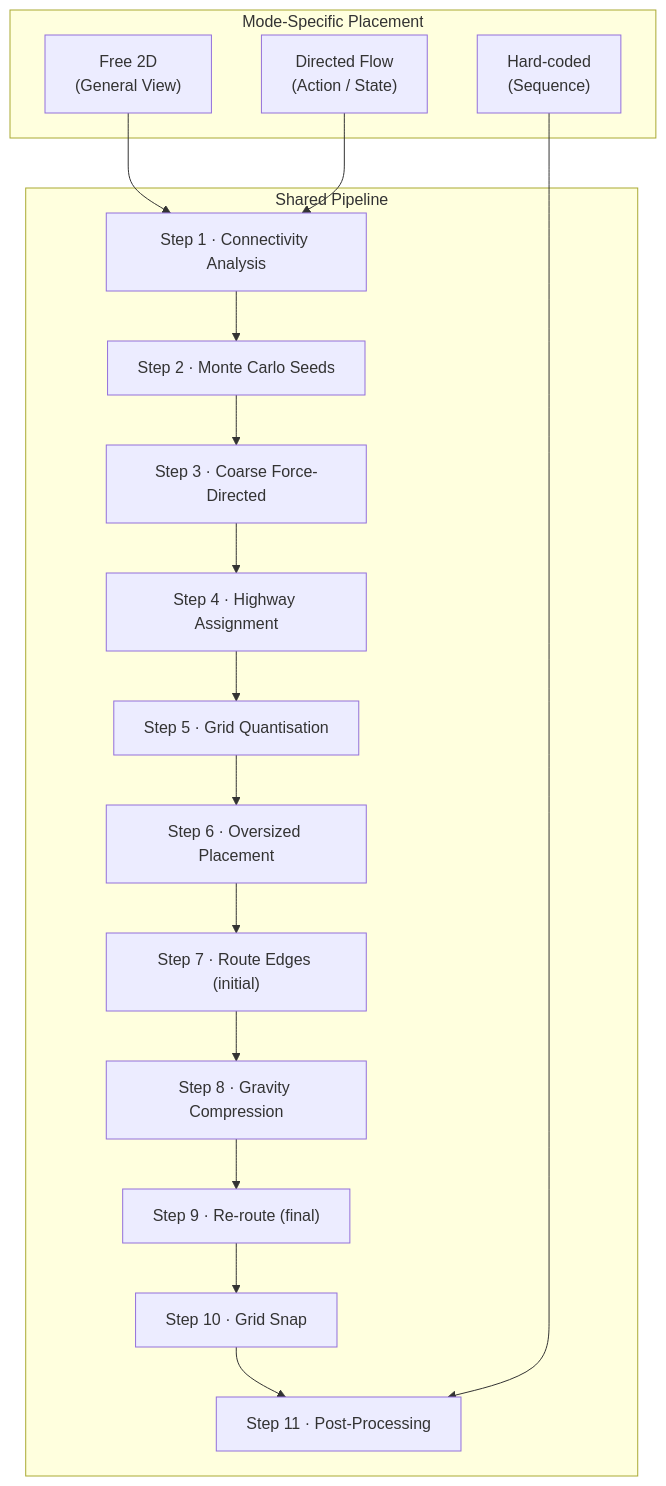
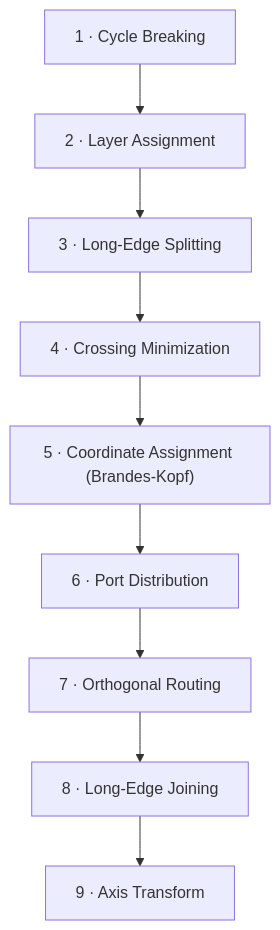
Before and after one commit to demaconsulting/SysML2Tools: the first of 2 diagrams in docs/layout/algorithm-overview.md, drawn with Mermaid. The commit also changed other lines of this file and 29 other files, not shown here.

````diff
--- a/docs/layout/algorithm-overview.md
+++ b/docs/layout/algorithm-overview.md
@@ -6,25 +17,13 @@
 ```mermaid
 flowchart TD
-    subgraph modes["Mode-Specific Placement"]
-        M1["Free 2D\n(General View)"]
-        M2["Directed Flow\n(Action / State)"]
-        M3["Hard-coded\n(Sequence)"]
-    end
-    subgraph pipeline["Shared Pipeline"]
-        S1["Step 1 · Connectivity Analysis"]
-        S2["Step 2 · Monte Carlo Seeds"]
-        S3["Step 3 · Coarse Force-Directed"]
-        S4["Step 4 · Highway Assignment"]
-        S5["Step 5 · Grid Quantisation"]
-        S6["Step 6 · Oversized Placement"]
-        S7["Step 7 · Route Edges (initial)"]
-        S8["Step 8 · Gravity Compression"]
-        S9["Step 9 · Re-route (final)"]
-        S10["Step 10 · Grid Snap"]
-        S11["Step 11 · Post-Processing"]
-        S1 --> S2 --> S3 --> S4 --> S5 --> S6 --> S7 --> S8 --> S9 --> S10 --> S11
-    end
-    M1 --> S1
-    M2 --> S1
-    M3 --> S11
+    S1["1 · Cycle Breaking"]
+    S2["2 · Layer Assignment"]
+    S3["3 · Long-Edge Splitting"]
+    S4["4 · Crossing Minimization"]
+    S5["5 · Coordinate Assignment (Brandes-Kopf)"]
+    S6["6 · Port Distribution"]
+    S7["7 · Orthogonal Routing"]
+    S8["8 · Long-Edge Joining"]
+    S9["9 · Axis Transform"]
+    S1 --> S2 --> S3 --> S4 --> S5 --> S6 --> S7 --> S8 --> S9
 ```
````
